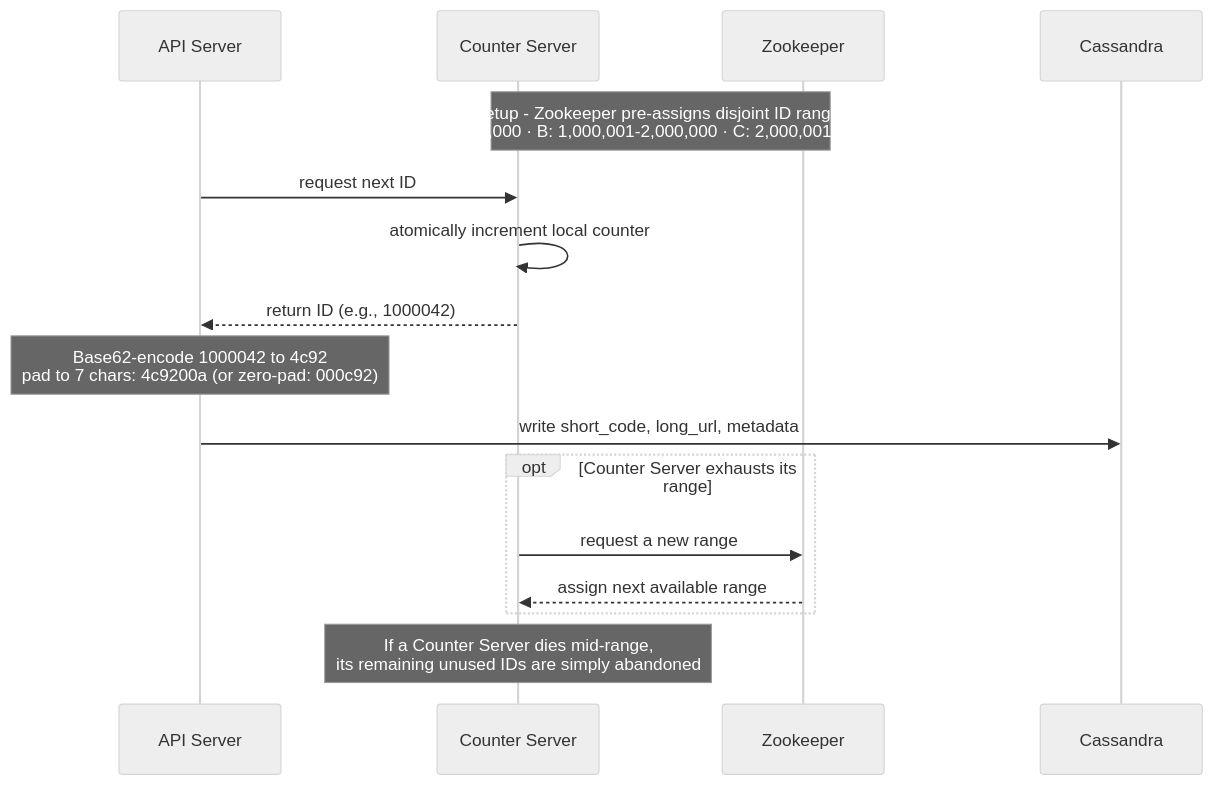
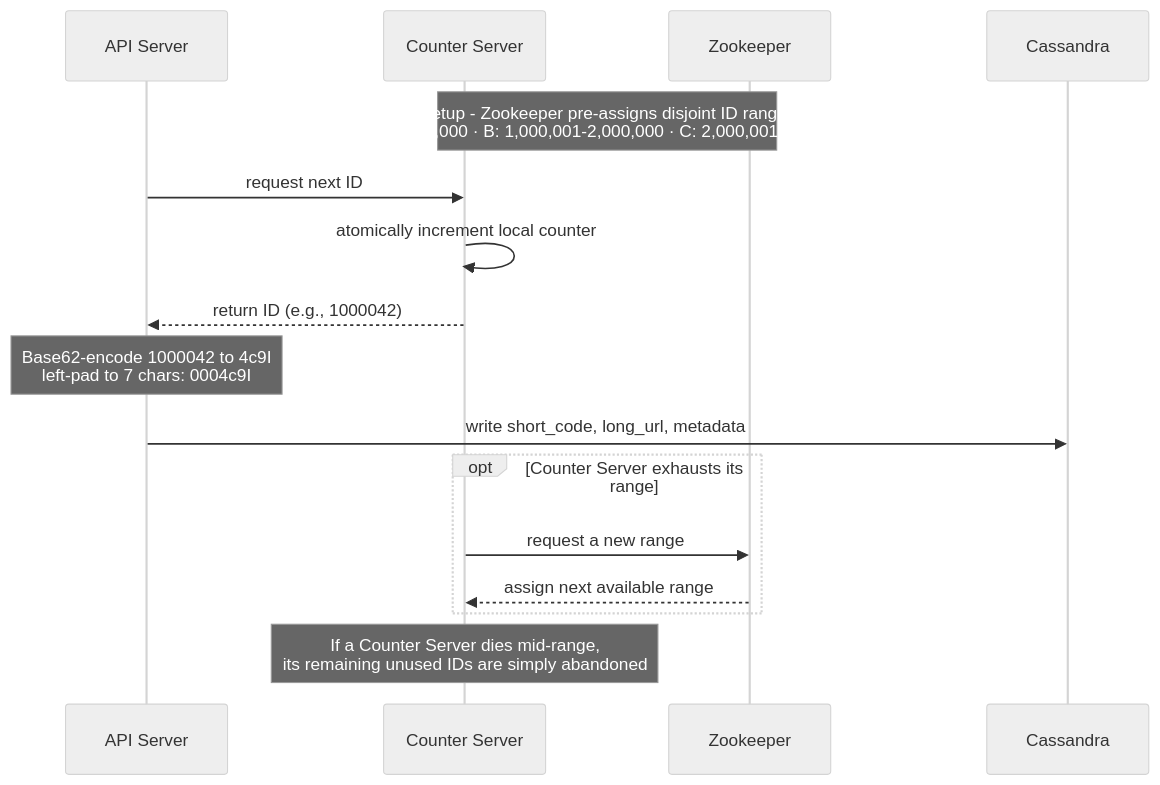
Before and after one commit to rppol/system-design: the third of 7 diagrams in src/main/java/com/rutik/systemdesign/hld/case_studies/design_url_shortener.md, drawn with Mermaid (neutral theme). The commit also changed other lines of this file and 3 other files, not shown here.

First line of the commit message:
audit(hld): closes the section — a $700M/year figure that is actually $750K

````diff
--- a/src/main/java/com/rutik/systemdesign/hld/case_studies/design_url_shortener.md
+++ b/src/main/java/com/rutik/systemdesign/hld/case_studies/design_url_shortener.md
@@ -196,22 +198,22 @@
 ```mermaid
 sequenceDiagram
     participant API as API Server
     participant CS as Counter Server
     participant ZK as Zookeeper
     participant DB as Cassandra
 
     Note over ZK,CS: Setup - Zookeeper pre-assigns disjoint ID ranges<br/>A: 1-1,000,000 · B: 1,000,001-2,000,000 · C: 2,000,001-3,000,000
 
     API->>CS: request next ID
     CS->>CS: atomically increment local counter
     CS-->>API: return ID (e.g., 1000042)
-    Note over API: Base62-encode 1000042 to 4c92<br/>pad to 7 chars: 4c9200a (or zero-pad: 000c92)
+    Note over API: Base62-encode 1000042 to 4c9I<br/>left-pad to 7 chars: 0004c9I
     API->>DB: write short_code, long_url, metadata
 
     opt Counter Server exhausts its range
         CS->>ZK: request a new range
         ZK-->>CS: assign next available range
     end
 
     Note over CS: If a Counter Server dies mid-range,<br/>its remaining unused IDs are simply abandoned
 ```
````
